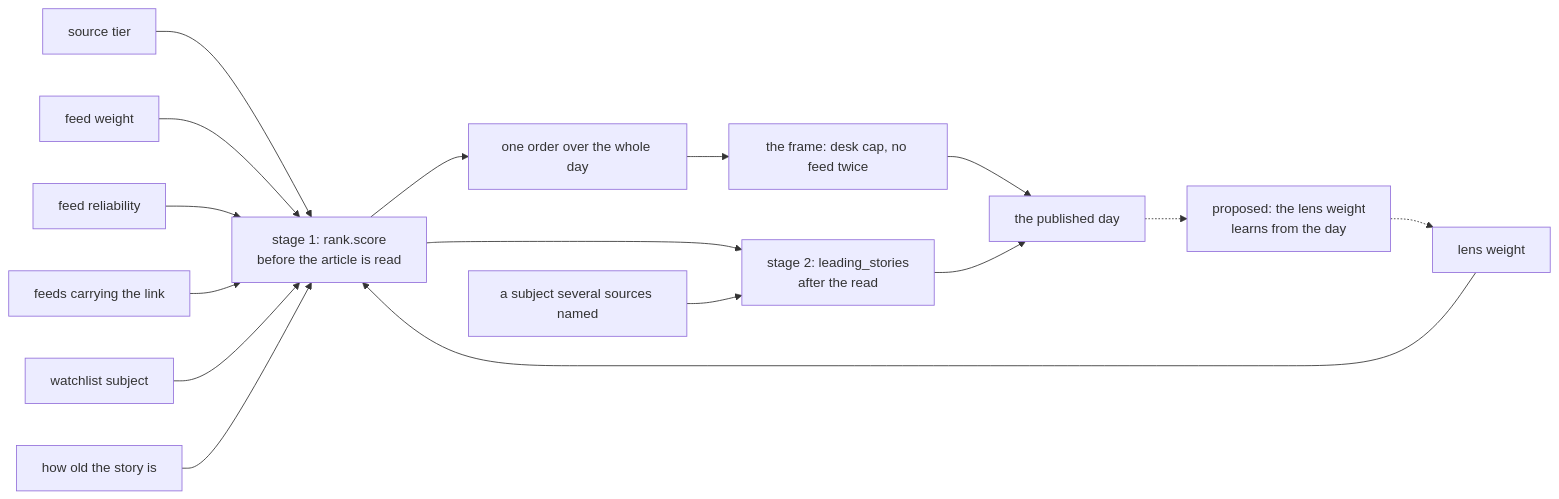
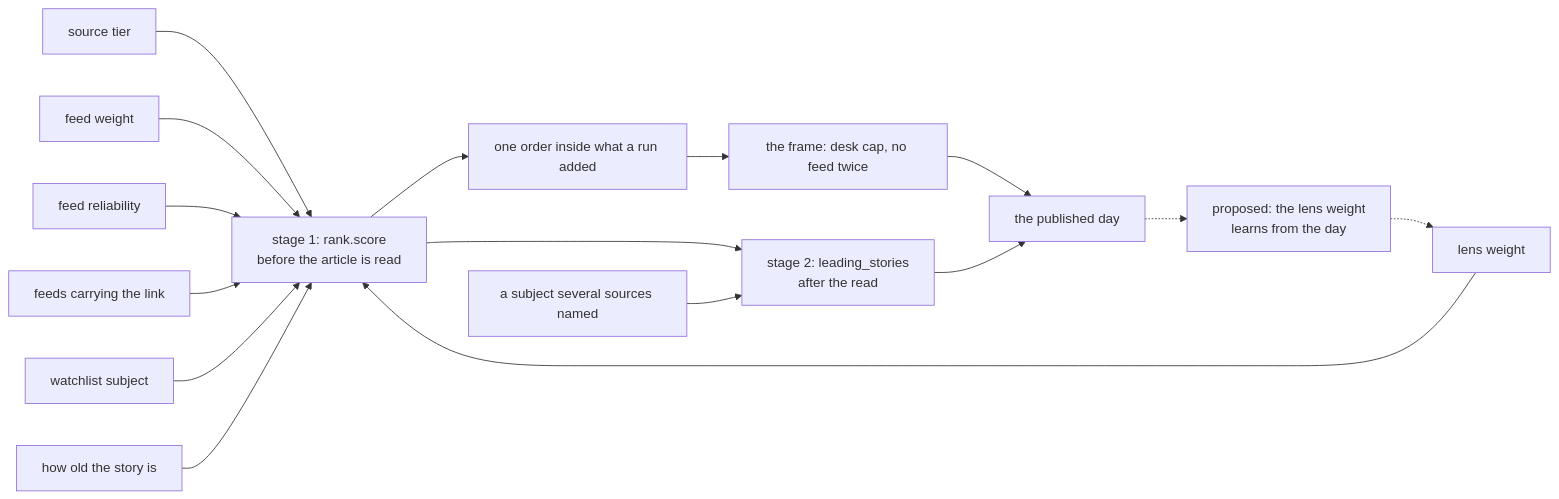
Before and after one commit to miztiik/yen-idhazh: the diagram in docs/concepts/placement.md, drawn with Mermaid. The commit also changed other lines of this file and 5 other files, not shown here.

````diff
--- a/docs/concepts/placement.md
+++ b/docs/concepts/placement.md
@@ -139,18 +139,18 @@
 ```mermaid
 flowchart LR
   tier["source tier"] --> s1
   fw["feed weight"] --> s1
   rel["feed reliability"] --> s1
   carried["feeds carrying the link"] --> s1
   watch["watchlist subject"] --> s1
   lens["lens weight"] --> s1
   age["how old the story is"] --> s1
-  s1["stage 1: rank.score<br/>before the article is read"] --> order["one order over the whole day"]
+  s1["stage 1: rank.score<br/>before the article is read"] --> order["one order inside what a run added"]
   s1 --> s2["stage 2: leading_stories<br/>after the read"]
   subject["a subject several sources named"] --> s2
   order --> frame["the frame: desk cap, no feed twice"]
   frame --> page["the published day"]
   s2 --> page
   page -.-> loop["proposed: the lens weight<br/>learns from the day"]
   loop -.-> lens
 ```
````
